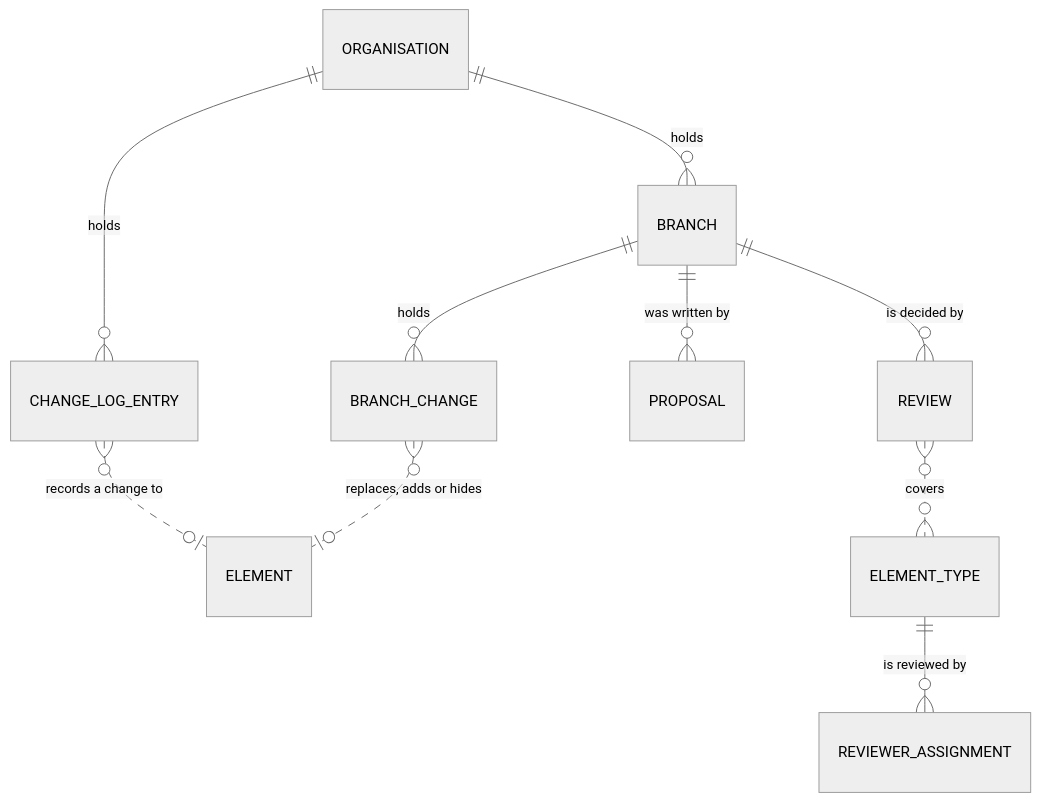
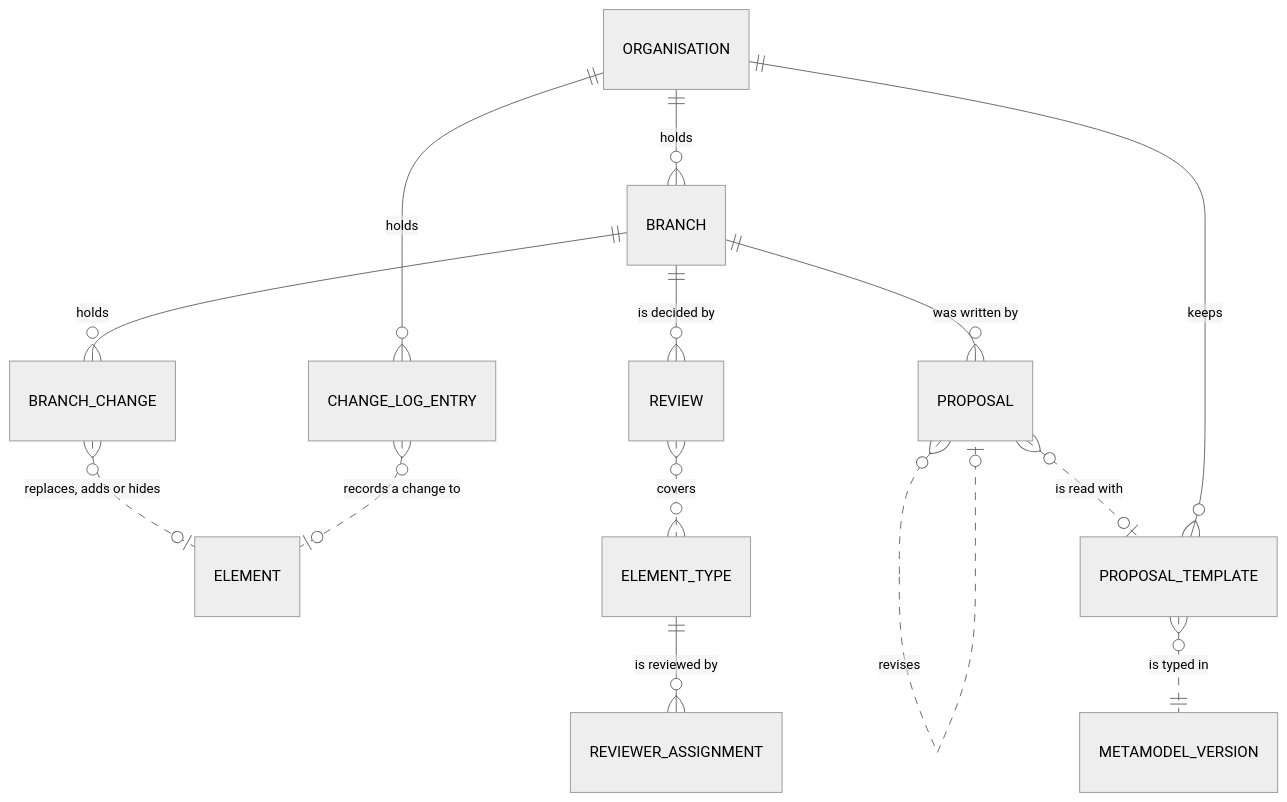
Before and after one commit to roanboc/dbx-enterprise-architecture: the fifth of 5 diagrams in architecture/3_information/2_conceptual-data-model.md, drawn with Mermaid (neutral theme). The commit also changed other lines of this file and 8 other files, not shown here.

First line of the commit message:
docs(architecture): initiative 22 drafted for Understanding — proposal templates, revisions and impact

````diff
--- a/architecture/3_information/2_conceptual-data-model.md
+++ b/architecture/3_information/2_conceptual-data-model.md
@@ -141,12 +142,16 @@
 ```mermaid
 erDiagram
   ORGANISATION ||--o{ BRANCH : "holds"
   BRANCH ||--o{ BRANCH_CHANGE : "holds"
   BRANCH_CHANGE }o..o| ELEMENT : "replaces, adds or hides"
   BRANCH ||--o{ REVIEW : "is decided by"
   BRANCH ||--o{ PROPOSAL : "was written by"
+  PROPOSAL }o..o| PROPOSAL : "revises"
+  PROPOSAL }o..o| PROPOSAL_TEMPLATE : "is read with"
+  ORGANISATION ||--o{ PROPOSAL_TEMPLATE : "keeps"
+  PROPOSAL_TEMPLATE }o..|| METAMODEL_VERSION : "is typed in"
   ELEMENT_TYPE ||--o{ REVIEWER_ASSIGNMENT : "is reviewed by"
   REVIEW }o..o{ ELEMENT_TYPE : "covers"
   ORGANISATION ||--o{ CHANGE_LOG_ENTRY : "holds"
   CHANGE_LOG_ENTRY }o..o| ELEMENT : "records a change to"
 ```
````
